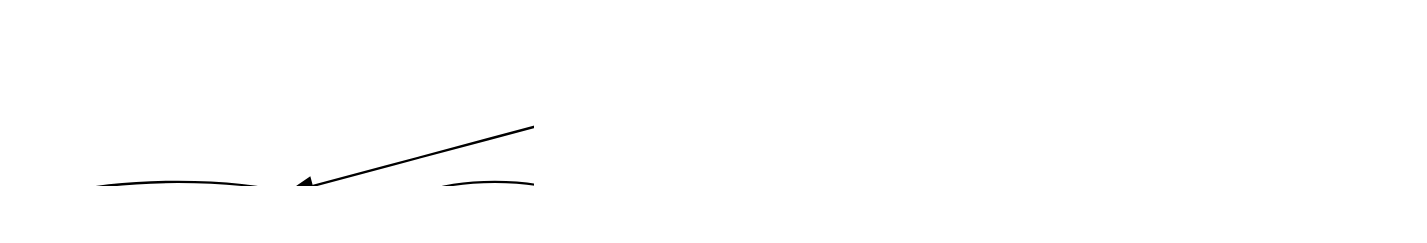
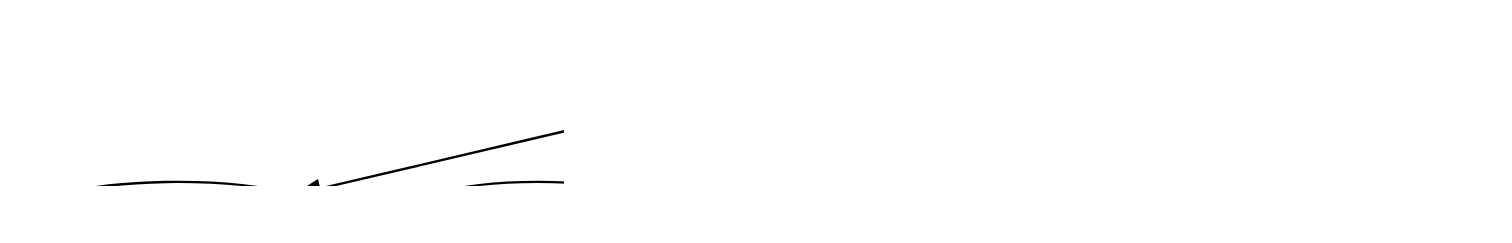
The diagram in docs/source/index.rst (Serapieum-of-alex/statista), drawn with Graphviz before and after one commit. The commit also changed other lines of this file and 90 other files, not shown here.

```diff
--- a/docs/source/index.rst
+++ b/docs/source/index.rst
@@ -71,8 +83,8 @@
 .. digraph:: Linking
 
     statista -> distributions;
-    statista -> metrics;
+    statista -> descriptors;
     statista -> parameters;
     statista -> sensitivity;
     statista -> tools;
     dpi=200;
```
